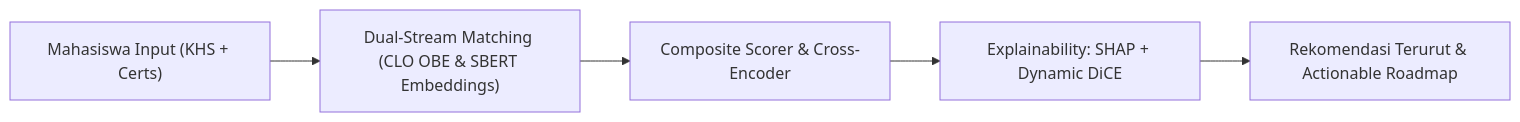
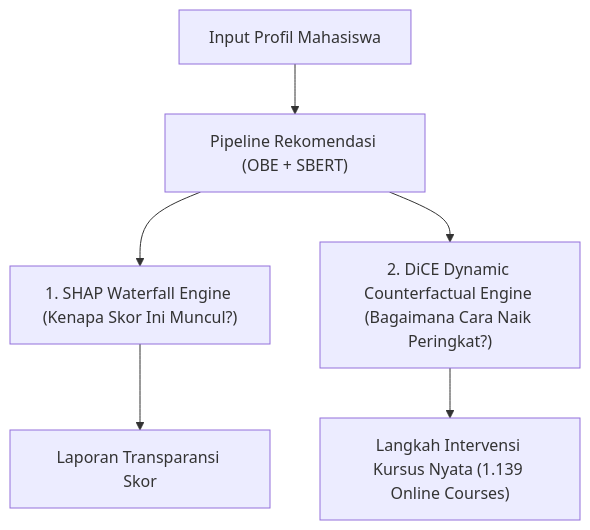
One commit to Akma86/Jobs-Recommendation---BRIN- changed the diagram in docs/EKS12_AB_Test_Summary.md. Above: the diagram before and after it, drawn with Mermaid. The commit also changed other lines of this file and 3 other files, not shown here.

Commit message:
Add full XAI integration: SHAP Waterfall Plots and Dynamic DiCE Counterfactuals for all 10 named students

````diff
--- a/docs/EKS12_AB_Test_Summary.md
+++ b/docs/EKS12_AB_Test_Summary.md
@@ -35,7 +33,8 @@
 ```mermaid
-graph LR
-    A["Mahasiswa Input (KHS + Certs)"] --> B["Dual-Stream Matching (CLO OBE & SBERT Embeddings)"]
-    B --> C["Composite Scorer & Cross-Encoder"]
-    C --> D["Explainability: SHAP + Dynamic DiCE"]
-    D --> E["Rekomendasi Terurut & Actionable Roadmap"]
+graph TD
+    A["Input Profil Mahasiswa"] --> B["Pipeline Rekomendasi (OBE + SBERT)"]
+    B --> C["1. SHAP Waterfall Engine (Kenapa Skor Ini Muncul?)"]
+    B --> D["2. DiCE Dynamic Counterfactual Engine (Bagaimana Cara Naik Peringkat?)"]
+    C --> E["Laporan Transparansi Skor"]
+    D --> F["Langkah Intervensi Kursus Nyata (1.139 Online Courses)"]
 ```
````
